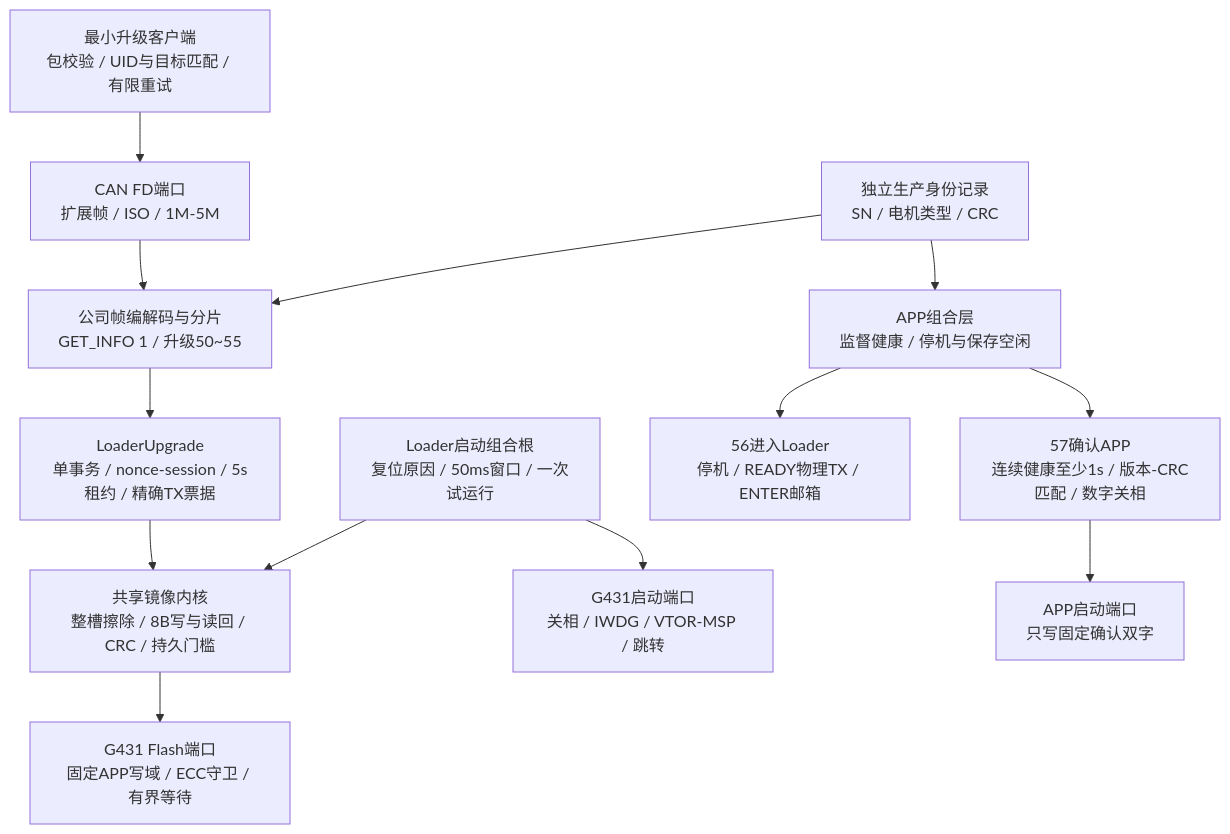
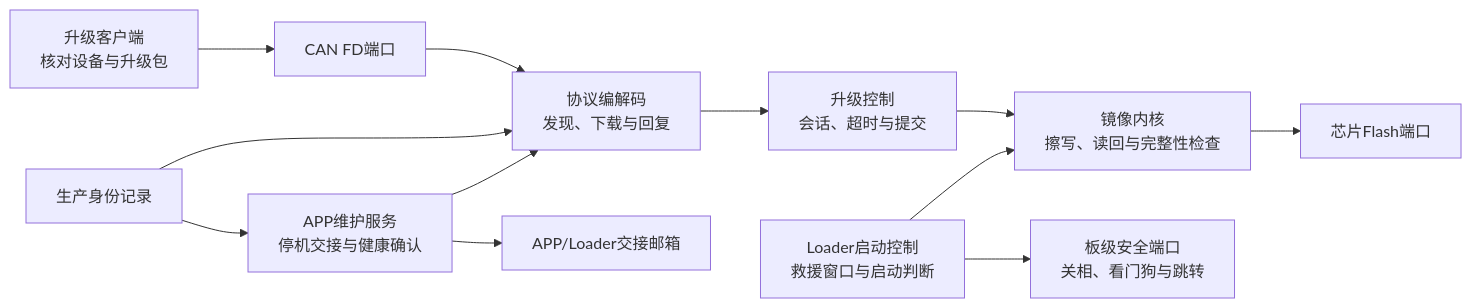
Before and after one commit to haoyang877/Vector_Mini_ST_Firmware: the first of 2 diagrams in docs/architecture/loader/loader_product_v3.md, drawn with Mermaid. The commit also changed other lines of this file and 102 other files, not shown here.

Commit message:
refactor: freeze integrated APP core architecture candidate

````diff
--- a/docs/architecture/loader/loader_product_v3.md
+++ b/docs/architecture/loader/loader_product_v3.md
@@ -9,15 +18,15 @@
 ```mermaid
-flowchart TB
-    H[最小升级客户端<br/>包校验 / UID与目标匹配 / 有限重试] --> CAN[CAN FD端口<br/>扩展帧 / ISO / 1M-5M]
-    CAN --> W[公司帧编解码与分片<br/>GET_INFO 1 / 升级50~55]
-    W --> U[LoaderUpgrade<br/>单事务 / nonce-session / 5s租约 / 精确TX票据]
-    U --> I[共享镜像内核<br/>整槽擦除 / 8B写与读回 / CRC / 持久门槛]
-    I --> F[G431 Flash端口<br/>固定APP写域 / ECC守卫 / 有界等待]
-    R[Loader启动组合根<br/>复位原因 / 50ms窗口 / 一次试运行] --> I
-    R --> B[G431启动端口<br/>关相 / IWDG / VTOR-MSP / 跳转]
-    A[APP组合层<br/>监督健康 / 停机与保存空闲] --> E[56进入Loader<br/>停机 / READY物理TX / ENTER邮箱]
-    A --> C[57确认APP<br/>连续健康至少1s / 版本-CRC匹配 / 数字关相]
-    C --> P[APP启动端口<br/>只写固定确认双字]
-    S[独立生产身份记录<br/>SN / 电机类型 / CRC] --> W
-    S --> A
+flowchart LR
+    Host[升级客户端<br/>核对设备与升级包] --> Bus[CAN FD端口]
+    Bus --> Wire[协议编解码<br/>发现、下载与回复]
+    Wire --> Upgrade[升级控制<br/>会话、超时与提交]
+    Upgrade --> Image[镜像内核<br/>擦写、读回与完整性检查]
+    Image --> Flash[芯片Flash端口]
+
+    Boot[Loader启动控制<br/>救援窗口与启动判断] --> Image
+    Boot --> Platform[板级安全端口<br/>关相、看门狗与跳转]
+    App[APP维护服务<br/>停机交接与健康确认] --> Wire
+    App --> Mailbox[APP/Loader交接邮箱]
+    Identity[生产身份记录] --> Wire
+    Identity --> App
 ```
````
